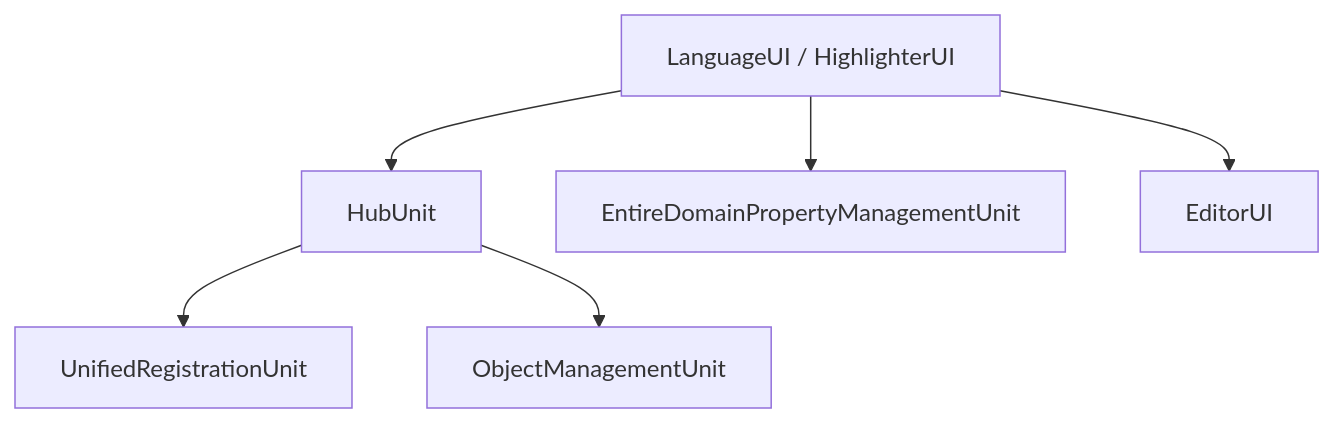
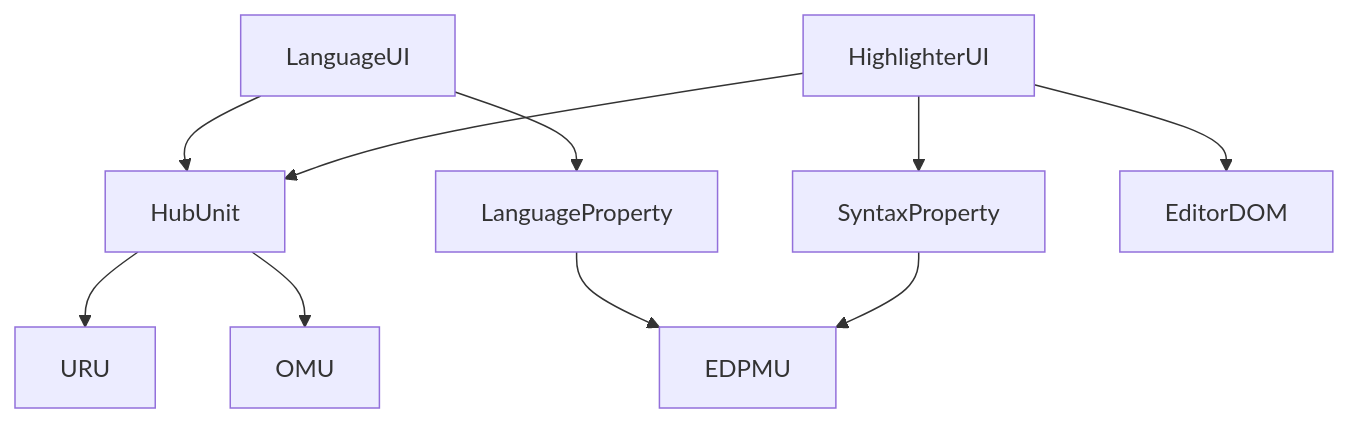
Before and after one commit to xcxc84584-prog/ClusterTest: the diagram in PR/PR(OCDA-P1)/ArcD.md, drawn with Mermaid. The commit also changed other lines of this file, not shown here.

````diff
--- a/PR/PR(OCDA-P1)/ArcD.md
+++ b/PR/PR(OCDA-P1)/ArcD.md
@@ -3,8 +3,12 @@
 ```mermaid
 flowchart TD
-  UI[LanguageUI / HighlighterUI] --> Hub[HubUnit]
-  Hub --> URU[UnifiedRegistrationUnit]
-  Hub --> OMU[ObjectManagementUnit]
-  UI --> EDPMU[EntireDomainPropertyManagementUnit]
-  UI --> Editor[EditorUI]
+  LanguageUI --> HubUnit
+  HighlighterUI --> HubUnit
+  HubUnit --> URU
+  HubUnit --> OMU
+  LanguageUI --> LanguageProperty
+  HighlighterUI --> SyntaxProperty
+  LanguageProperty --> EDPMU
+  SyntaxProperty --> EDPMU
+  HighlighterUI --> EditorDOM
 ```
````
